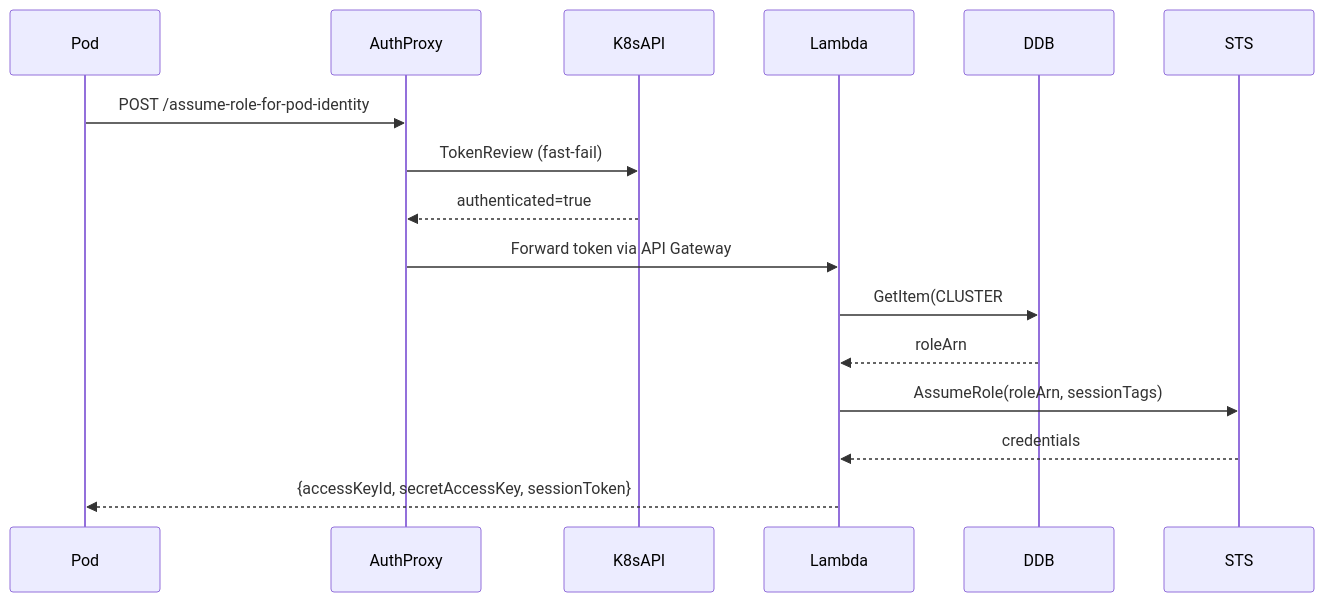
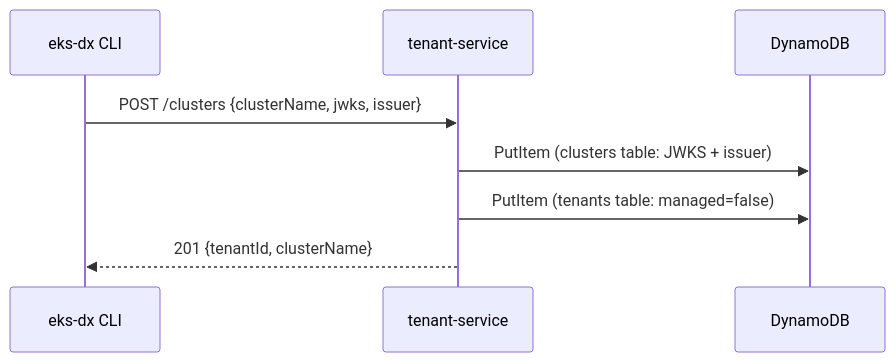
One commit to plasticity-of-cloud/eks-d-xpress-control-plane changed the third of 3 diagrams in .agents/summary/workflows.md. Above: the diagram before and after it, drawn with Mermaid. The commit also changed other lines of this file and 8 other files, not shown here.

Commit message:
docs: regenerate codebase summary and AGENTS.md with current architecture

````diff
--- a/.agents/summary/workflows.md
+++ b/.agents/summary/workflows.md
@@ -5,12 +78,11 @@
 ```mermaid
 sequenceDiagram
-    Pod->>AuthProxy: POST /assume-role-for-pod-identity
-    AuthProxy->>K8sAPI: TokenReview (fast-fail)
-    K8sAPI-->>AuthProxy: authenticated=true
-    AuthProxy->>Lambda: Forward token via API Gateway
-    Lambda->>DDB: GetItem(CLUSTER#name, ns#sa)
-    DDB-->>Lambda: roleArn
-    Lambda->>STS: AssumeRole(roleArn, sessionTags)
-    STS-->>Lambda: credentials
-    Lambda-->>Pod: {accessKeyId, secretAccessKey, sessionToken}
+    participant CLI as eks-dx CLI
+    participant Lambda as tenant-service
+    participant DDB as DynamoDB
+
+    CLI->>Lambda: POST /clusters {clusterName, jwks, issuer}
+    Lambda->>DDB: PutItem (clusters table: JWKS + issuer)
+    Lambda->>DDB: PutItem (tenants table: managed=false)
+    Lambda-->>CLI: 201 {tenantId, clusterName}
 ```
````
